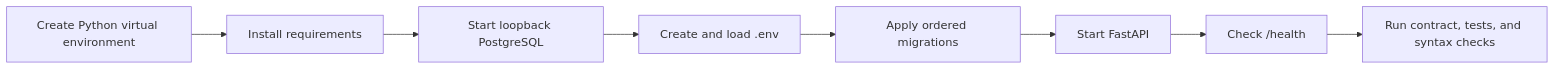
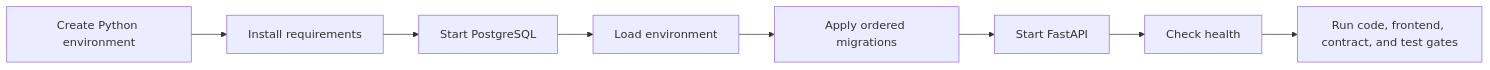
Before and after one commit to KaiusJin/WeCanFindIntern: the ninth of 9 diagrams in docs/TECHNICAL_DOCUMENTATION.md, drawn with Mermaid. The commit also changed other lines of this file and 17 other files, not shown here.

````diff
--- a/docs/TECHNICAL_DOCUMENTATION.md
+++ b/docs/TECHNICAL_DOCUMENTATION.md
@@ -344,10 +492,10 @@
 ```mermaid
 flowchart LR
-    V[Create Python virtual environment] --> I[Install requirements]
-    I --> P[Start loopback PostgreSQL]
-    P --> E[Create and load .env]
+    V[Create Python environment] --> I[Install requirements]
+    I --> P[Start PostgreSQL]
+    P --> E[Load environment]
     E --> M[Apply ordered migrations]
     M --> A[Start FastAPI]
-    A --> H[Check /health]
-    H --> C[Run contract, tests, and syntax checks]
+    A --> H[Check health]
+    H --> C[Run code, frontend, contract, and test gates]
 ```
````
